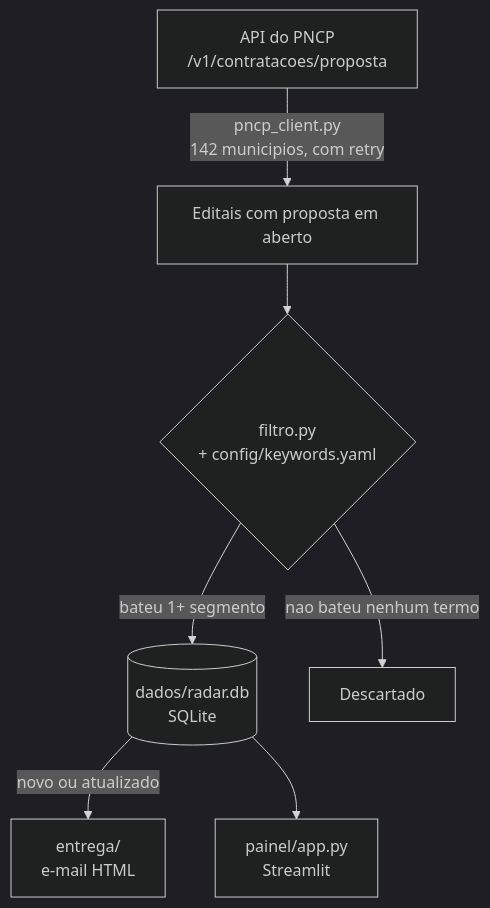
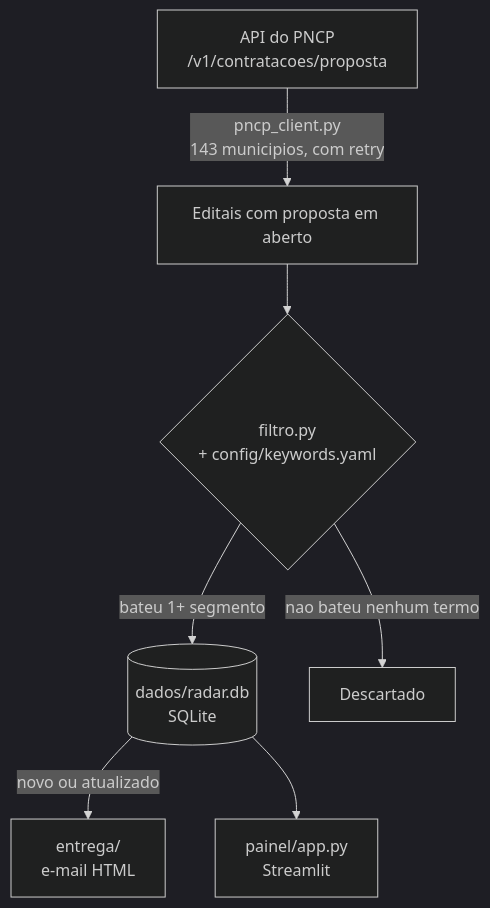
Before and after one commit to brunogitti/radar-nexlicit: the diagram in README.md, drawn with Mermaid (dark theme). The commit also changed other lines of this file and 1 other file, not shown here.

Commit message:
Corrige a contagem de municipios (143) e de MG (10) no README e no CLAUDE.md

````diff
--- a/README.md
+++ b/README.md
@@ -20,9 +20,9 @@
 ```mermaid
 flowchart TD
-    A["API do PNCP\n/v1/contratacoes/proposta"] -->|"pncp_client.py\n142 municipios, com retry"| B["Editais com proposta em aberto"]
+    A["API do PNCP\n/v1/contratacoes/proposta"] -->|"pncp_client.py\n143 municipios, com retry"| B["Editais com proposta em aberto"]
     B --> C{"filtro.py\n+ config/keywords.yaml"}
     C -->|"bateu 1+ segmento"| D[("dados/radar.db\nSQLite")]
     C -->|"nao bateu nenhum termo"| E["Descartado"]
     D -->|"novo ou atualizado"| F["entrega/\ne-mail HTML"]
     D --> G["painel/app.py\nStreamlit"]
 ```
````
